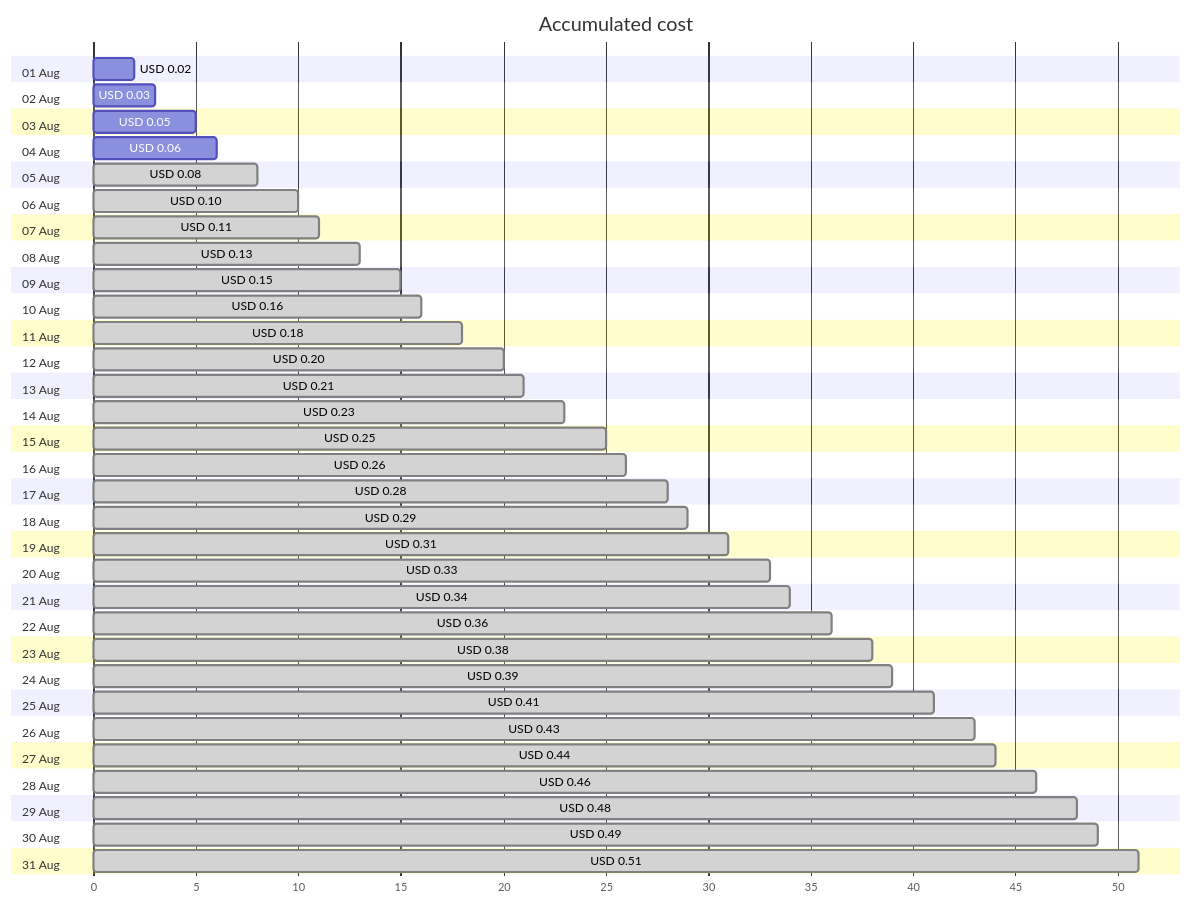
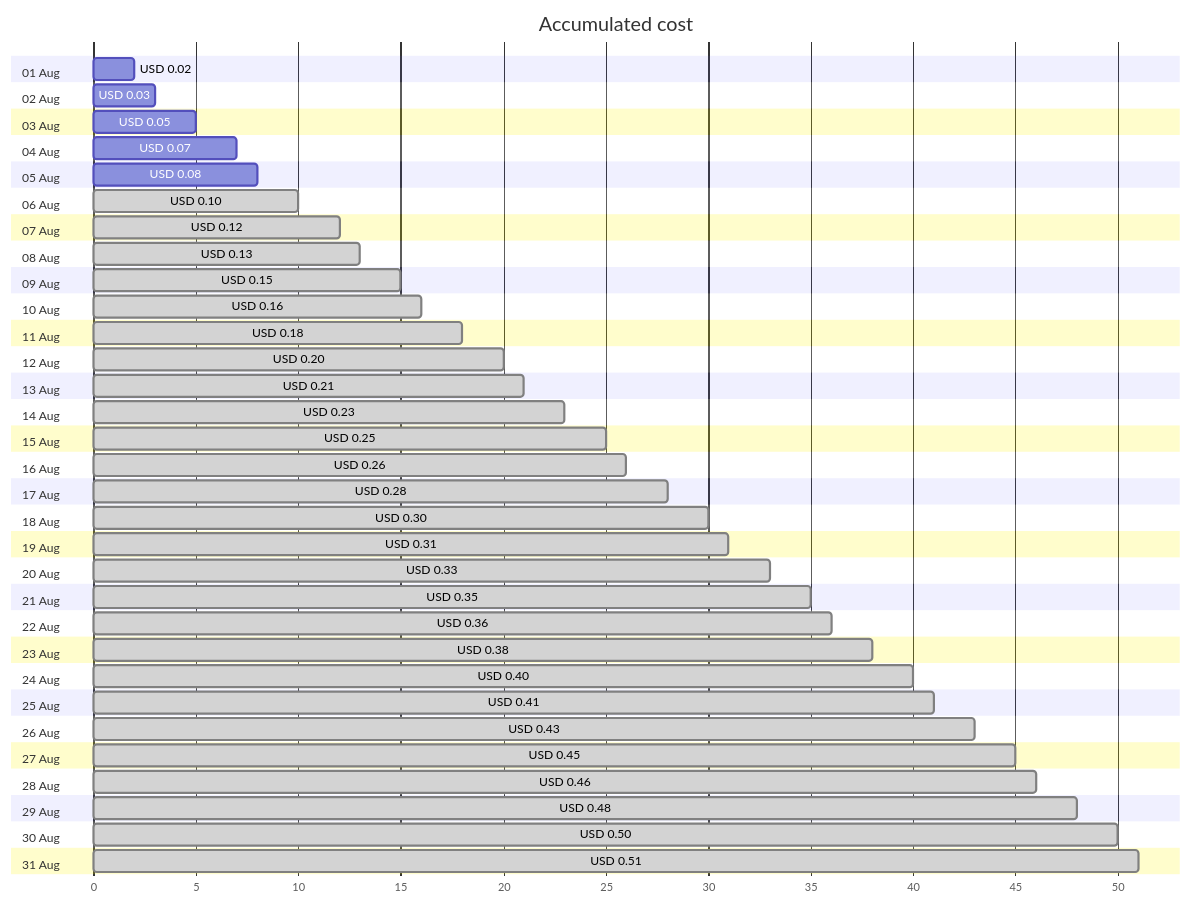
Before and after one commit to jpfulton/azure-personal-reports: the first of 4 diagrams in cost-reports/personal-dns/jpatrickfulton.dev.md, drawn with Mermaid. The commit also changed other lines of this file and 2 other files, not shown here.

````diff
--- a/cost-reports/personal-dns/jpatrickfulton.dev.md
+++ b/cost-reports/personal-dns/jpatrickfulton.dev.md
@@ -20,68 +20,68 @@
 ```mermaid
 gantt
    title Accumulated cost
    dateFormat  X
    axisFormat %s
    section 01 Aug
    USD 0.02 :0, 2
    section 02 Aug
    USD 0.03 :0, 3
    section 03 Aug
    USD 0.05 :0, 5
    section 04 Aug
-   USD 0.06 :0, 6
+   USD 0.07 :0, 7
    section 05 Aug
-   USD 0.08 : done, 0, 8
+   USD 0.08 :0, 8
    section 06 Aug
    USD 0.10 : done, 0, 10
    section 07 Aug
-   USD 0.11 : done, 0, 11
+   USD 0.12 : done, 0, 12
    section 08 Aug
    USD 0.13 : done, 0, 13
    section 09 Aug
    USD 0.15 : done, 0, 15
    section 10 Aug
    USD 0.16 : done, 0, 16
    section 11 Aug
    USD 0.18 : done, 0, 18
    section 12 Aug
    USD 0.20 : done, 0, 20
    section 13 Aug
    USD 0.21 : done, 0, 21
    section 14 Aug
    USD 0.23 : done, 0, 23
    section 15 Aug
    USD 0.25 : done, 0, 25
    section 16 Aug
    USD 0.26 : done, 0, 26
    section 17 Aug
    USD 0.28 : done, 0, 28
    section 18 Aug
-   USD 0.29 : done, 0, 29
+   USD 0.30 : done, 0, 30
    section 19 Aug
    USD 0.31 : done, 0, 31
    section 20 Aug
    USD 0.33 : done, 0, 33
    section 21 Aug
-   USD 0.34 : done, 0, 34
+   USD 0.35 : done, 0, 35
    section 22 Aug
    USD 0.36 : done, 0, 36
    section 23 Aug
    USD 0.38 : done, 0, 38
    section 24 Aug
-   USD 0.39 : done, 0, 39
+   USD 0.40 : done, 0, 40
    section 25 Aug
    USD 0.41 : done, 0, 41
    section 26 Aug
    USD 0.43 : done, 0, 43
    section 27 Aug
-   USD 0.44 : done, 0, 44
+   USD 0.45 : done, 0, 45
    section 28 Aug
    USD 0.46 : done, 0, 46
    section 29 Aug
    USD 0.48 : done, 0, 48
    section 30 Aug
-   USD 0.49 : done, 0, 49
+   USD 0.50 : done, 0, 50
    section 31 Aug
    USD 0.51 : done, 0, 51
 ```
````
